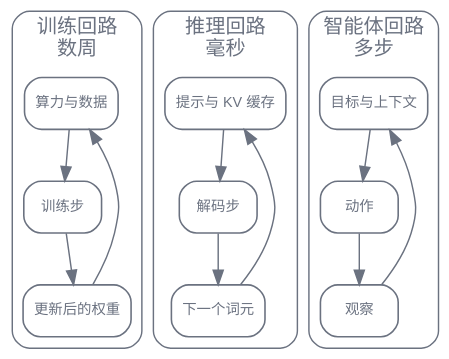
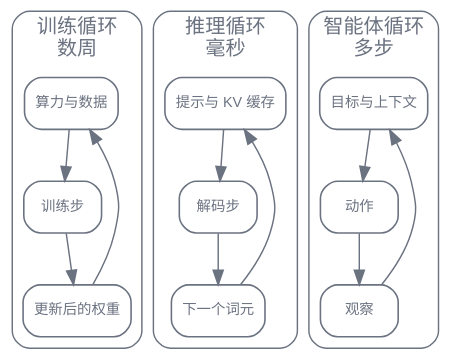
The second of 2 diagrams in zh/p0-orientation/02-field-map.qmd (latere-ai/ai-as-an-infrastructure), drawn with Graphviz before and after one commit. The commit also changed other lines of this file and 106 other files, not shown here.

````diff
--- a/zh/p0-orientation/02-field-map.qmd
+++ b/zh/p0-orientation/02-field-map.qmd
@@ -116,46 +116,46 @@
 ```{dot}
 //| label: fig-field-map-three-loops
 //| fig-cap: "三个循环是同一个控制结构在三个时间尺度上的样子。每个都把输入经过一个步骤变成输出，输出再回到输入，变的只是载荷和时间尺度。"
 digraph {
   bgcolor="transparent";
   rankdir=TB;
   node [shape=box, style=rounded, fontsize=10, fontname="Helvetica", color="#6b7280", fontcolor="#6b7280", penwidth=1.1];
   edge [color="#6b7280", fontcolor="#6b7280"];
 
   subgraph cluster_train {
-    label="训练回路\n数周";
+    label="训练循环\n数周";
     style=rounded;
     color="#6b7280";
     fontcolor="#6b7280";
     t_in [label="算力与数据"];
     t_step [label="训练步"];
     t_out [label="更新后的权重"];
     t_in -> t_step -> t_out;
     t_out -> t_in [constraint=false];
   }
 
   subgraph cluster_infer {
-    label="推理回路\n毫秒";
+    label="推理循环\n毫秒";
     style=rounded;
     color="#6b7280";
     fontcolor="#6b7280";
     i_in [label="提示与 KV 缓存"];
     i_step [label="解码步"];
     i_out [label="下一个词元"];
     i_in -> i_step -> i_out;
     i_out -> i_in [constraint=false];
   }
 
   subgraph cluster_agent {
-    label="智能体回路\n多步";
+    label="智能体循环\n多步";
     style=rounded;
     color="#6b7280";
     fontcolor="#6b7280";
     a_in [label="目标与上下文"];
     a_step [label="动作"];
     a_out [label="观察"];
     a_in -> a_step -> a_out;
     a_out -> a_in [constraint=false];
   }
 }
 ```
````
